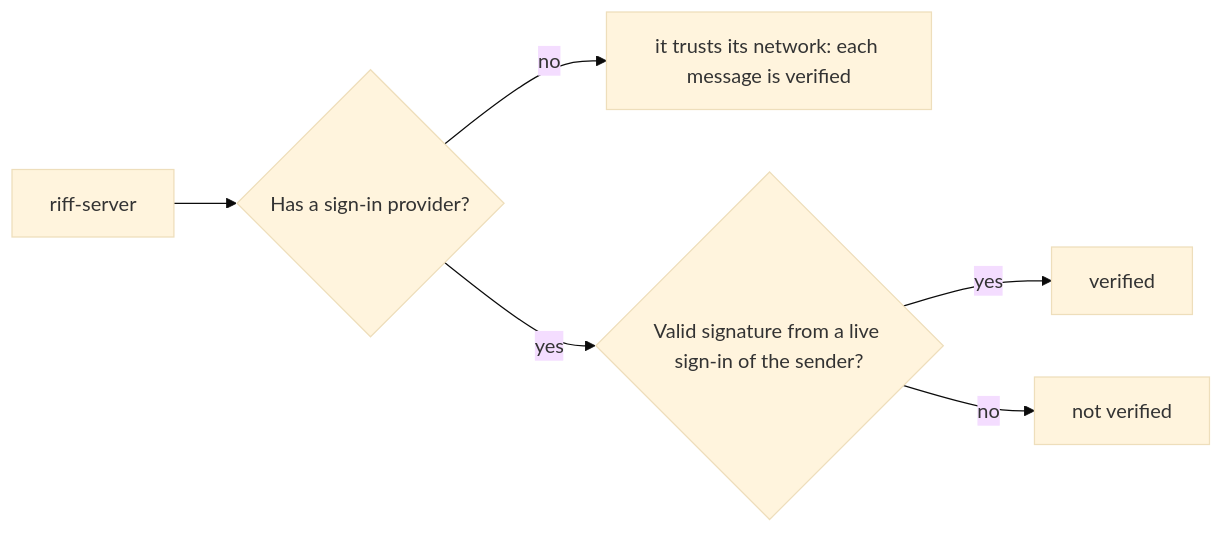
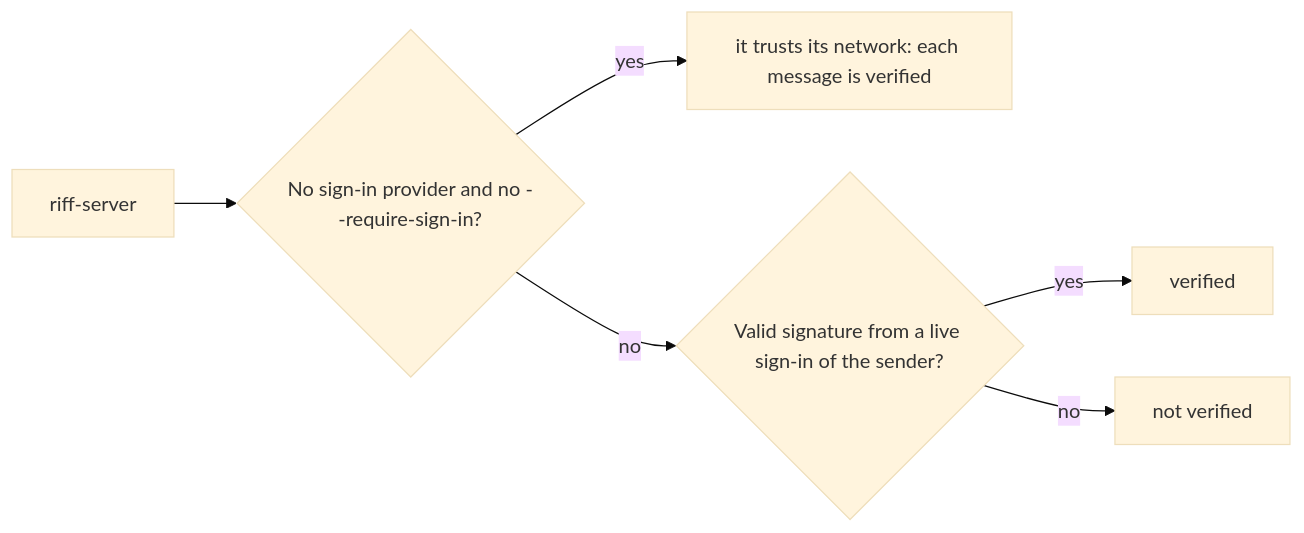
One commit to como-technologies/riff changed diagram 13 of 22 in docs/src/how-it-works.md. Above: the diagram before and after it, drawn with Mermaid (base theme). The commit also changed other lines of this file and 3 other files, not shown here.

````diff
--- a/docs/src/how-it-works.md
+++ b/docs/src/how-it-works.md
@@ -514,8 +558,8 @@
 ```mermaid
 flowchart LR
-    R[riff-server] --> P{Has a sign-in provider?}
-    P -- no --> V[it trusts its network: each message is verified]
-    P -- yes --> S{Valid signature from a live sign-in of the sender?}
+    R[riff-server] --> P{No sign-in provider and no --require-sign-in?}
+    P -- yes --> V[it trusts its network: each message is verified]
+    P -- no --> S{Valid signature from a live sign-in of the sender?}
     S -- yes --> V2[verified]
     S -- no --> N[not verified]
 ```
````
